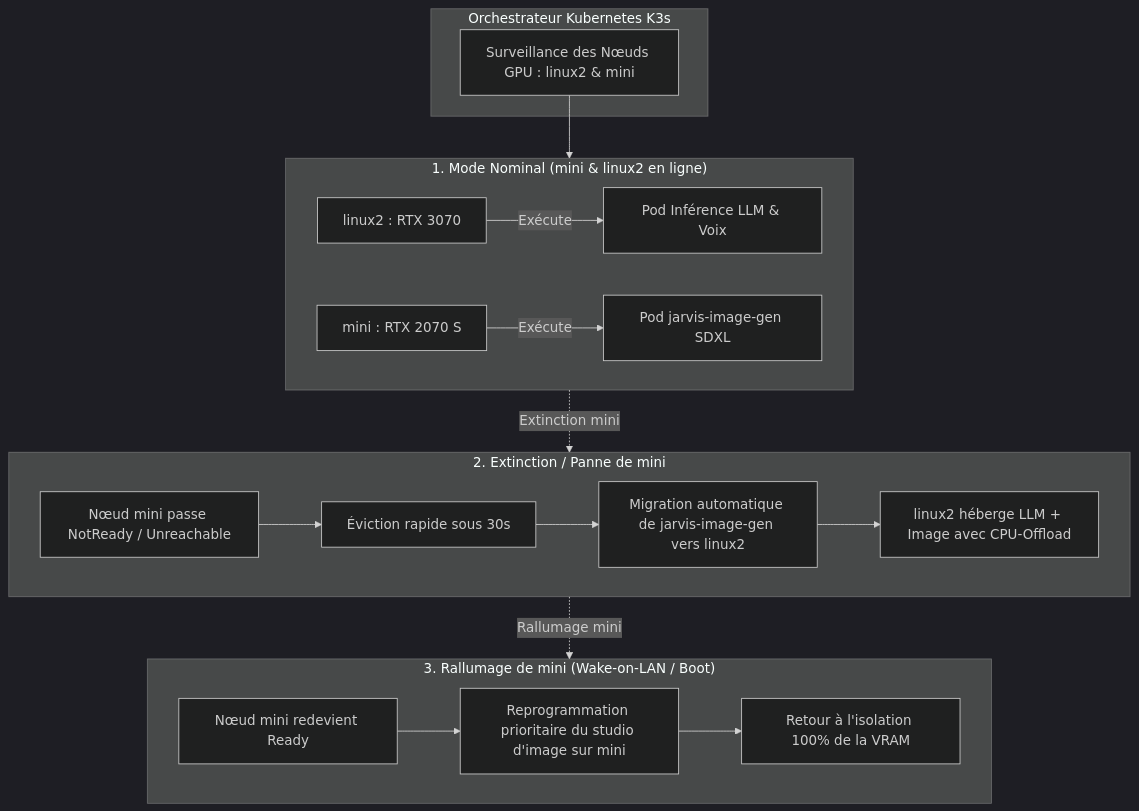
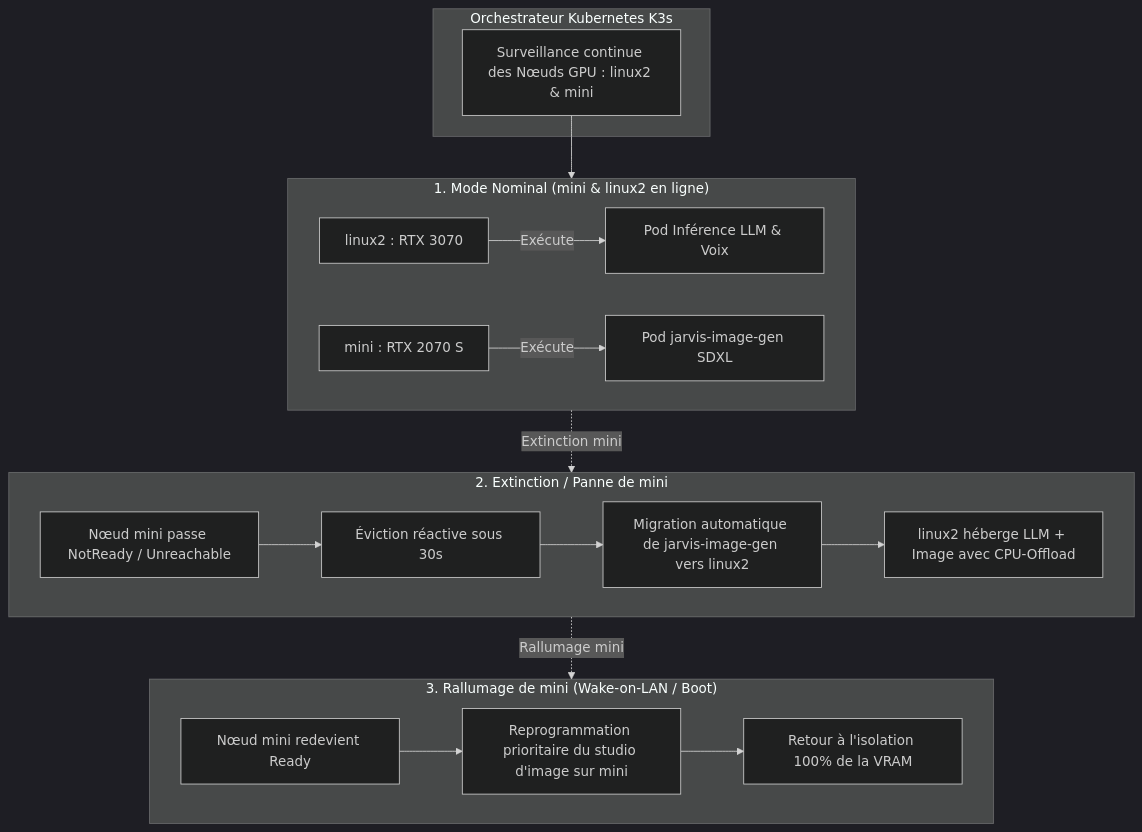
Before and after one commit to xelnagas/argocd-IA-local: the second of 3 diagrams in projetimage.md, drawn with Mermaid (dark theme). The commit also changed other lines of this file and 1 other file, not shown here.

````diff
--- a/projetimage.md
+++ b/projetimage.md
@@ -135,26 +154,26 @@
 ```mermaid
 flowchart TD
     subgraph K8S_SCHEDULER["Orchestrateur Kubernetes K3s"]
-        Detect[Surveillance des Nœuds GPU : linux2 & mini]
+        Detect[Surveillance continue des Nœuds GPU : linux2 & mini]
     end
 
     subgraph ETAT_NOMINAL["1. Mode Nominal (mini & linux2 en ligne)"]
         N1[linux2 : RTX 3070] -->|Exécute| LLM[Pod Inférence LLM & Voix]
         N2[mini : RTX 2070 S] -->|Exécute| IMG[Pod jarvis-image-gen SDXL]
     end
 
     subgraph EVENT_MINI_DOWN["2. Extinction / Panne de mini"]
-        miniOff[Nœud mini passe NotReady / Unreachable] --> Evict[Éviction rapide sous 30s]
+        miniOff[Nœud mini passe NotReady / Unreachable] --> Evict[Éviction réactive sous 30s]
         Evict --> MigrateToLinux2[Migration automatique de jarvis-image-gen vers linux2]
         MigrateToLinux2 --> SharedVRAM[linux2 héberge LLM + Image avec CPU-Offload]
     end
 
     subgraph EVENT_MINI_UP["3. Rallumage de mini (Wake-on-LAN / Boot)"]
         miniOn[Nœud mini redevient Ready] --> Rebalance[Reprogrammation prioritaire du studio d'image sur mini]
         Rebalance --> IsolateVRAM[Retour à l'isolation 100% de la VRAM]
     end
 
     Detect --> ETAT_NOMINAL
     ETAT_NOMINAL -.->|Extinction mini| EVENT_MINI_DOWN
     EVENT_MINI_DOWN -.->|Rallumage mini| EVENT_MINI_UP
 ```
````
